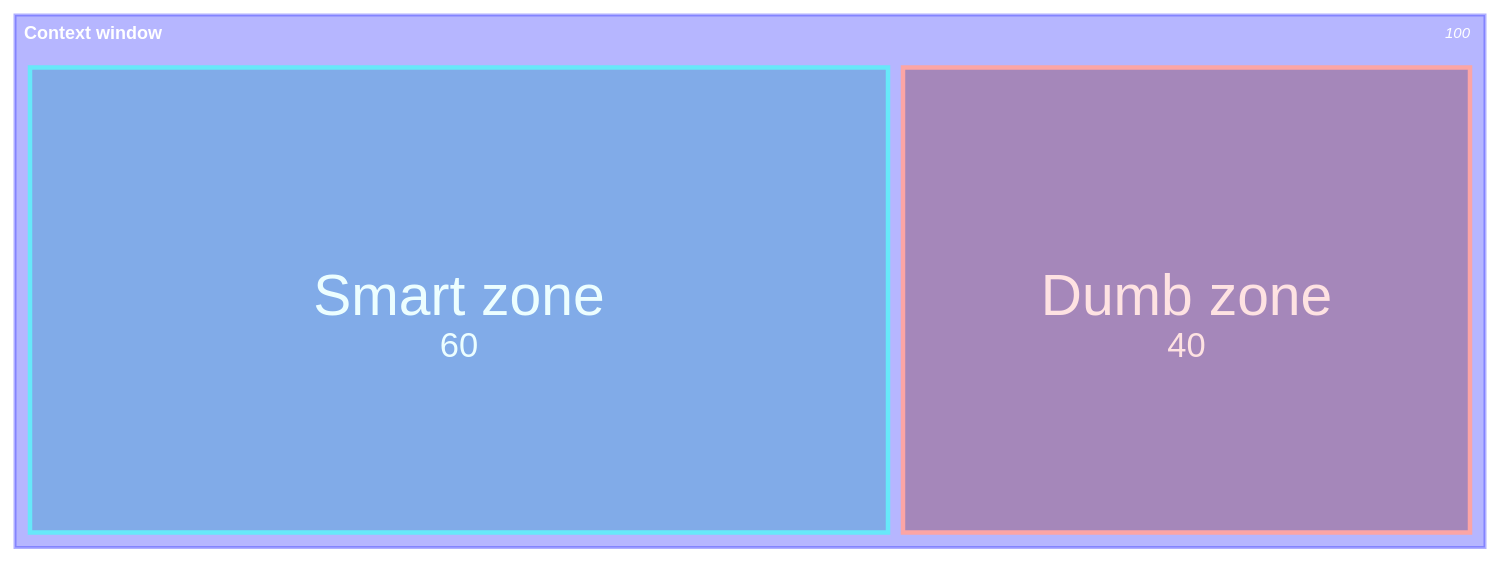
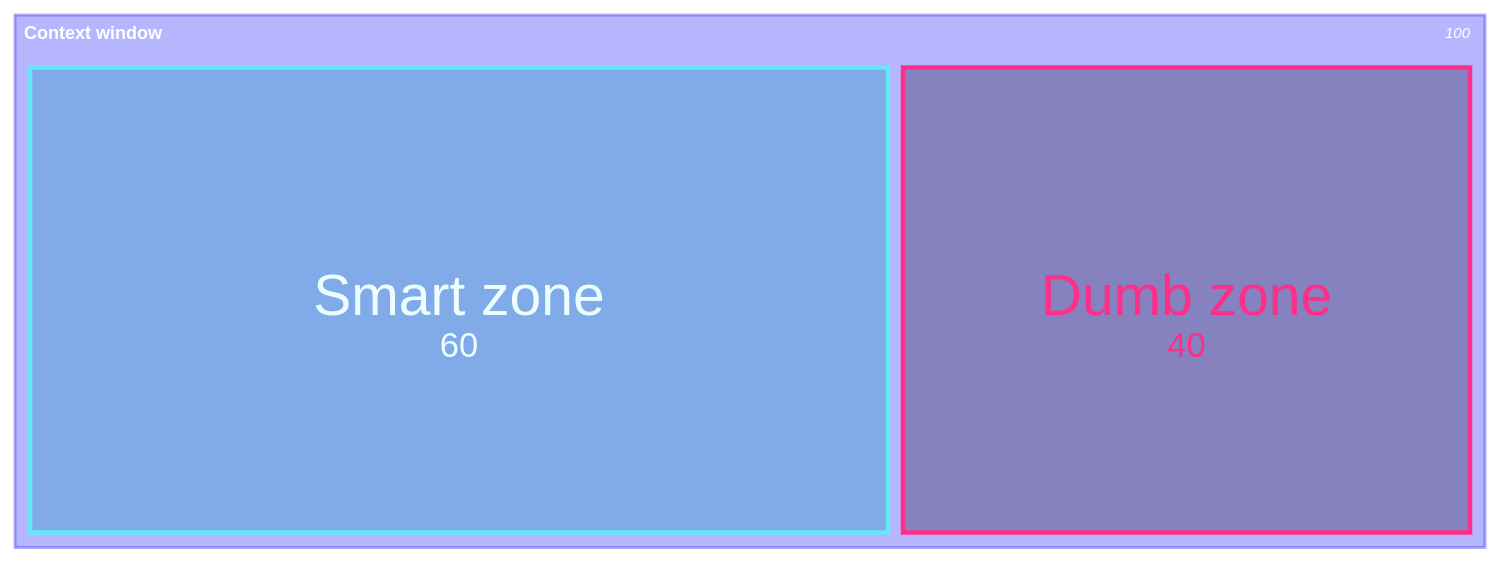
Before and after one commit to theomonfort/theomonfort: the first of 5 diagrams in src/content/glossary/context-engineering.md, drawn with Mermaid. The commit also changed other lines of this file, not shown here.

````diff
--- a/src/content/glossary/context-engineering.md
+++ b/src/content/glossary/context-engineering.md
@@ -41,8 +41,8 @@
 ```mermaid
 treemap-beta
 "Context window"
   "Smart zone": 60:::smart
   "Dumb zone": 40:::dumb
 classDef smart fill:#0891b2,stroke:#67e8f9,color:#ecfeff
-classDef dumb fill:#7f1d1d,stroke:#fca5a5,color:#fee2e2
+classDef dumb fill:#1a0a2e,stroke:#ff2e88,color:#ff2e88
 ```
````
